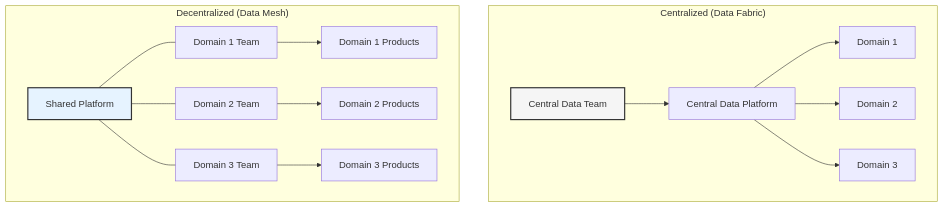
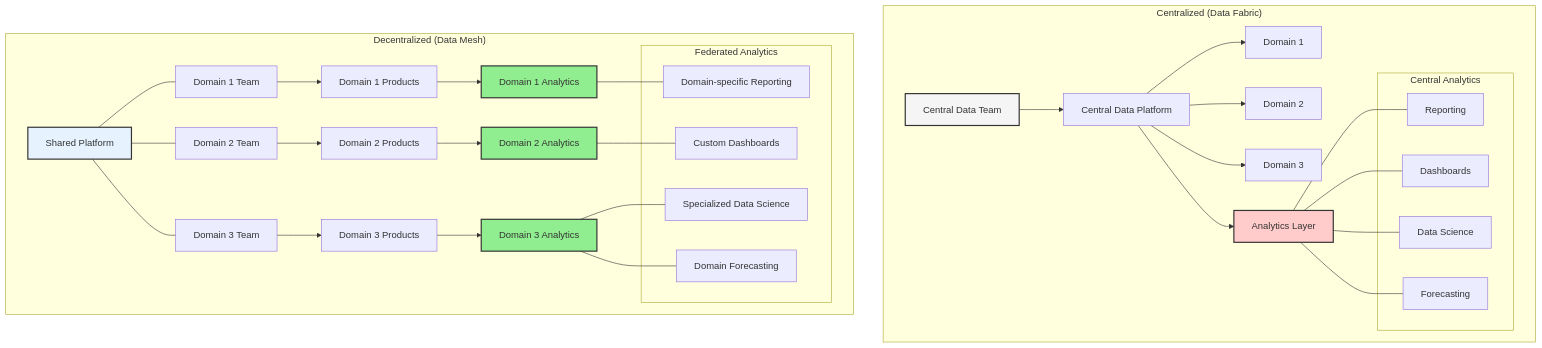
The first of 10 diagrams in enterprise_data_architecture/chapters/03_data_mesh.md (data-octo/agentic_ai_research), drawn with Mermaid before and after one commit. The commit also changed other lines of this file and 34 other files, not shown here.

Commit message:
v0.1.9 - include data analytics in mermaid

````diff
--- a/enterprise_data_architecture/chapters/03_data_mesh.md
+++ b/enterprise_data_architecture/chapters/03_data_mesh.md
@@ -26,21 +26,57 @@
 ```mermaid
 graph TB
     subgraph "Centralized (Data Fabric)"
         A1[Central Data Team] --> B1[Central Data Platform]
         B1 --> C1[Domain 1]
         B1 --> D1[Domain 2]
         B1 --> E1[Domain 3]
+        
+        %% New Analytics Layer
+        B1 --> F1[Analytics Layer]
+        
+        subgraph "Central Analytics"
+            G1[Reporting]
+            H1[Dashboards]
+            I1[Data Science]
+            J1[Forecasting]
+        end
+        
+        F1 --- G1
+        F1 --- H1
+        F1 --- I1
+        F1 --- J1
     end
     
     subgraph "Decentralized (Data Mesh)"
         A2[Shared Platform] --- B2[Domain 1 Team]
         A2 --- C2[Domain 2 Team]
         A2 --- D2[Domain 3 Team]
         B2 --> E2[Domain 1 Products]
         C2 --> F2[Domain 2 Products]
         D2 --> G2[Domain 3 Products]
+        
+        %% New Analytics Layers per domain
+        E2 --> H2[Domain 1 Analytics]
+        F2 --> I2[Domain 2 Analytics]
+        G2 --> J2[Domain 3 Analytics]
+        
+        subgraph "Federated Analytics"
+            K2[Domain-specific Reporting]
+            L2[Custom Dashboards]
+            M2[Specialized Data Science]
+            N2[Domain Forecasting]
+        end
+        
+        H2 --- K2
+        I2 --- L2
+        J2 --- M2
+        J2 --- N2
     end
     
     style A1 fill:#f5f5f5,stroke:#333,stroke-width:2px
     style A2 fill:#e6f3ff,stroke:#333,stroke-width:2px
+    style F1 fill:#ffcccb,stroke:#333,stroke-width:2px
+    style H2 fill:#90ee90,stroke:#333,stroke-width:2px
+    style I2 fill:#90ee90,stroke:#333,stroke-width:2px
+    style J2 fill:#90ee90,stroke:#333,stroke-width:2px
 ```
````
